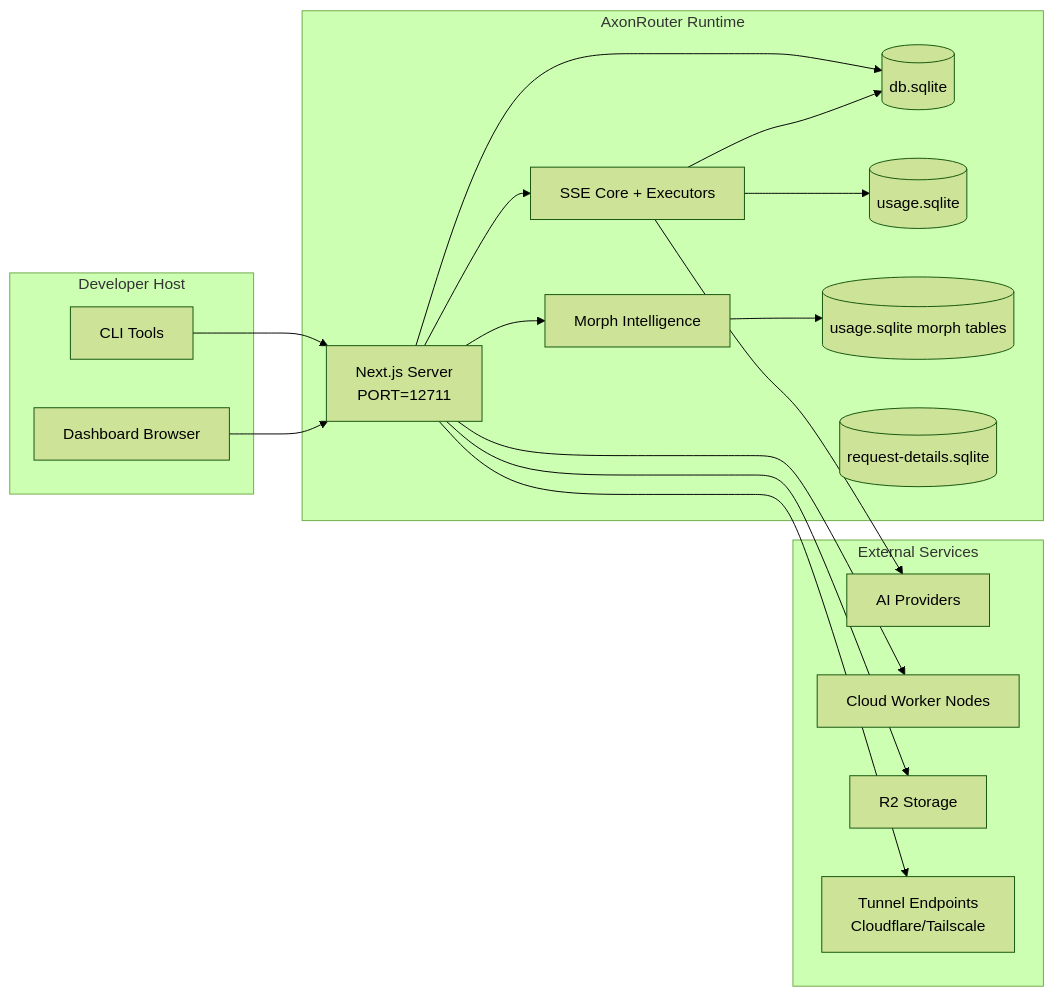
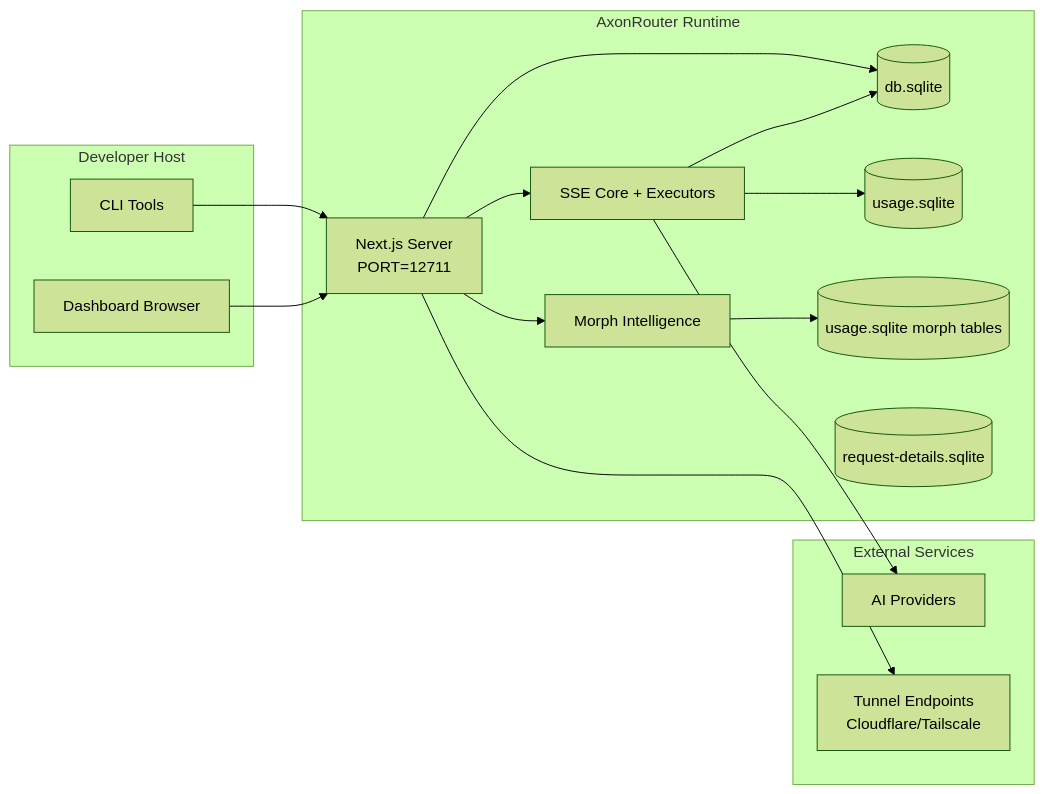
The sixth of 7 diagrams in docs/ARCHITECTURE.md (rickicode/AxonRouter), drawn with Mermaid (forest theme) before and after one commit. The commit also changed other lines of this file and 23 other files, not shown here.

First line of the commit message:
refactor: remove all remaining cloud/R2/usageWorker imports and references

````diff
--- a/docs/ARCHITECTURE.md
+++ b/docs/ARCHITECTURE.md
@@ -588,37 +468,33 @@
 ```mermaid
 flowchart LR
     subgraph LocalHost[Developer Host]
         CLI[CLI Tools]
         Browser[Dashboard Browser]
     end
 
     subgraph ContainerOrProcess[AxonRouter Runtime]
         Next[Next.js Server\nPORT=12711]
         Core[SSE Core + Executors]
         Morph[Morph Intelligence]
         MainDB[(db.sqlite)]
         UsageDB[(usage.sqlite)]
         MorphDB[(usage.sqlite morph tables)]
         ReqDB[(request-details.sqlite)]
     end
 
     subgraph External[External Services]
         Providers[AI Providers]
-        Workers[Cloud Worker Nodes]
-        R2[R2 Storage]
         Tunnel[Tunnel Endpoints\nCloudflare/Tailscale]
     end
 
     CLI --> Next
     Browser --> Next
     Next --> Core
     Next --> Morph
     Next --> MainDB
     Core --> MainDB
     Core --> UsageDB
     Core --> Providers
     Morph --> MorphDB
-    Next --> Workers
-    Next --> R2
     Next --> Tunnel
 ```
````
